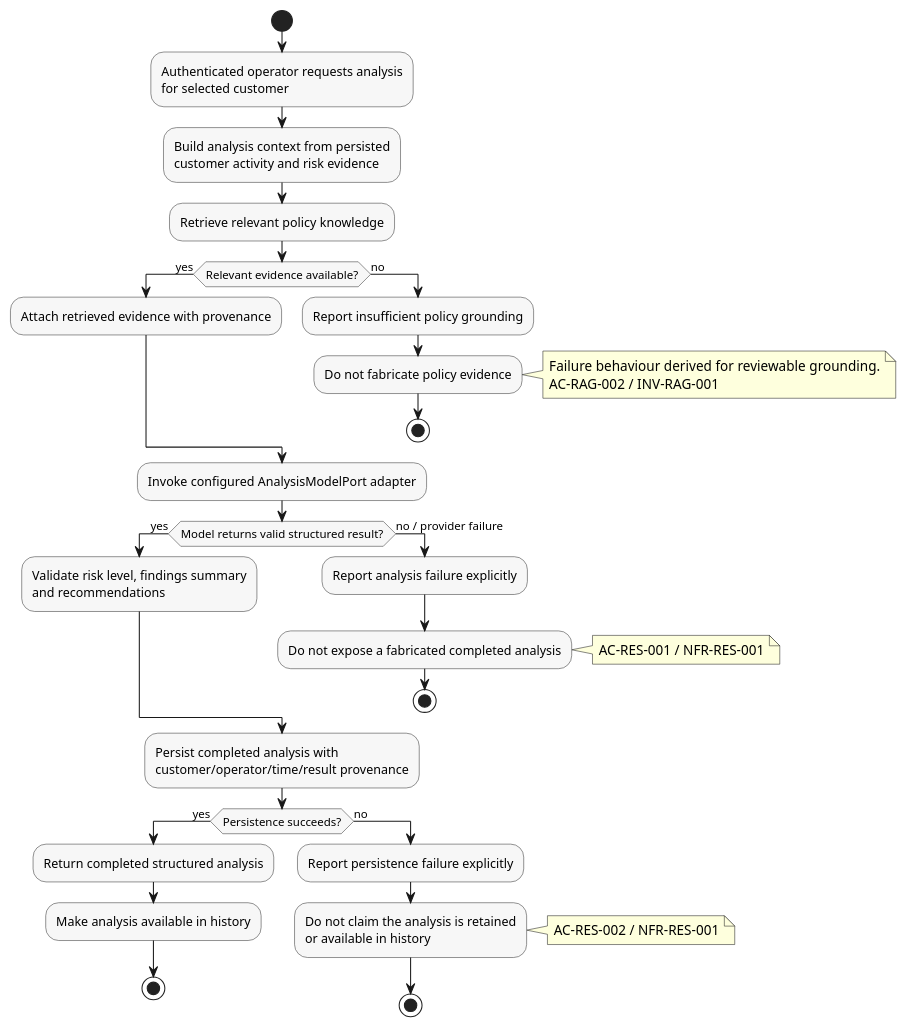
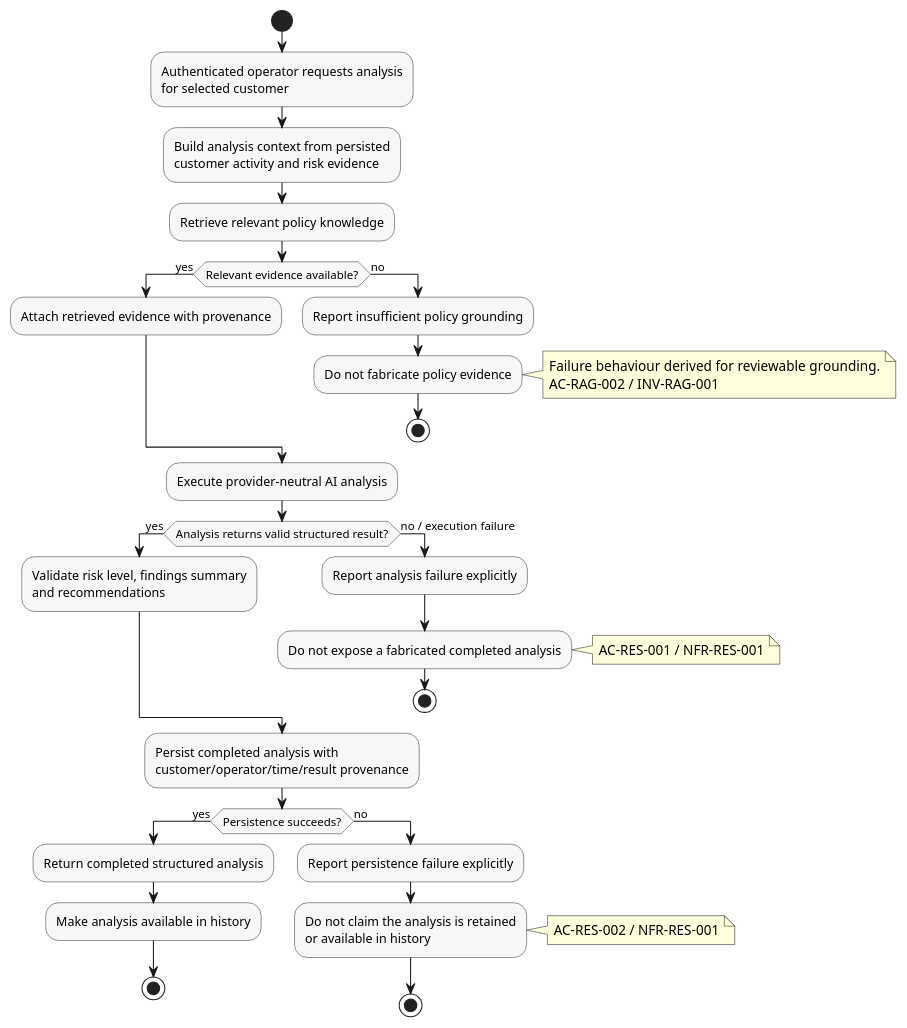
One commit to jdoe-dev-159753/specgraph-reference-app changed the diagram in docs/assignment/SRS/diagrams/srs-analysis-activity.puml. Above: the diagram before and after it, drawn with PlantUML.

Commit message:
docs: keep provider boundary out of SRS activity

```diff
--- a/docs/assignment/SRS/diagrams/srs-analysis-activity.puml
+++ b/docs/assignment/SRS/diagrams/srs-analysis-activity.puml
@@ -1,54 +1,54 @@
 @startuml
 skinparam linetype ortho
 skinparam activity {
   BackgroundColor #F7F7F7
   BorderColor #303030
 }
 
 start
 :Authenticated operator requests analysis
 for selected customer;
 :Build analysis context from persisted
 customer activity and risk evidence;
 :Retrieve relevant policy knowledge;
 if (Relevant evidence available?) then (yes)
   :Attach retrieved evidence with provenance;
 else (no)
   :Report insufficient policy grounding;
   :Do not fabricate policy evidence;
   note right
     Failure behaviour derived for reviewable grounding.
     AC-RAG-002 / INV-RAG-001
   end note
   stop
 endif
 
-:Invoke configured AnalysisModelPort adapter;
-if (Model returns valid structured result?) then (yes)
+:Execute provider-neutral AI analysis;
+if (Analysis returns valid structured result?) then (yes)
   :Validate risk level, findings summary
 and recommendations;
-else (no / provider failure)
+else (no / execution failure)
   :Report analysis failure explicitly;
   :Do not expose a fabricated completed analysis;
   note right
     AC-RES-001 / NFR-RES-001
   end note
   stop
 endif
 
 :Persist completed analysis with
 customer/operator/time/result provenance;
 if (Persistence succeeds?) then (yes)
   :Return completed structured analysis;
   :Make analysis available in history;
   stop
 else (no)
   :Report persistence failure explicitly;
   :Do not claim the analysis is retained
 or available in history;
   note right
     AC-RES-002 / NFR-RES-001
   end note
   stop
 endif
 @enduml
```
